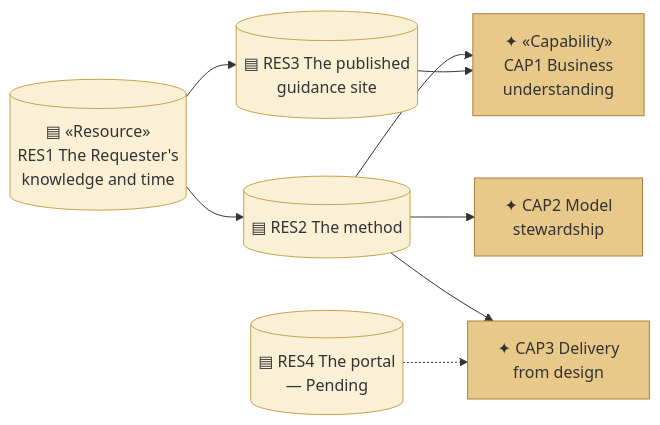
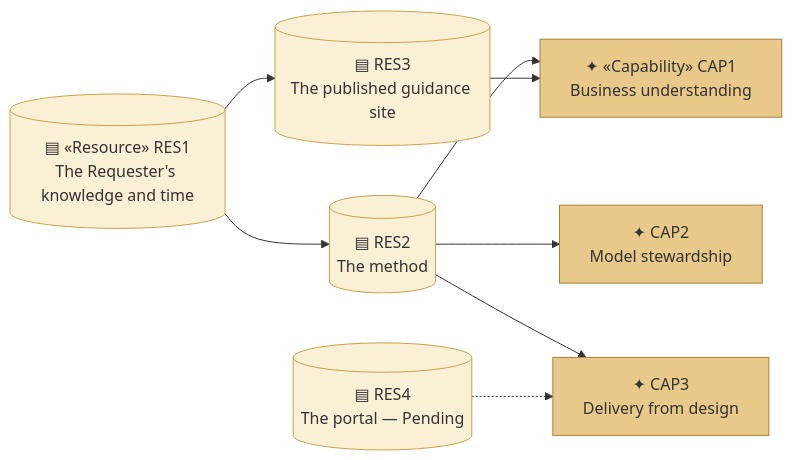
One commit to roanboc/architecture-archreator changed the fifth of 6 diagrams in organization/docs/ea/1_strategy/2_capabilities-and-resources.md. Above: the diagram before and after it, drawn with Mermaid. The commit also changed other lines of this file and 6 other files, not shown here.

````diff
--- a/organization/docs/ea/1_strategy/2_capabilities-and-resources.md
+++ b/organization/docs/ea/1_strategy/2_capabilities-and-resources.md
@@ -228,22 +228,22 @@
 ```mermaid
 flowchart LR
-  res1[("▤ «Resource»<br>RES1 The Requester's<br>knowledge and time")]:::resource
-  res2[("▤ RES2 The method")]:::resource
-  res3[("▤ RES3 The published<br>guidance site")]:::resource
-  res4[("▤ RES4 The portal<br>— Pending")]:::resource
+  res1[("▤ «Resource» RES1<br>The Requester's knowledge and time")]:::resource
+  res2[("▤ RES2<br>The method")]:::resource
+  res3[("▤ RES3<br>The published guidance site")]:::resource
+  res4[("▤ RES4<br>The portal — Pending")]:::resource
 
-  cap1["✦ «Capability»<br>CAP1 Business<br>understanding"]:::area
-  cap2["✦ CAP2 Model<br>stewardship"]:::area
-  cap3["✦ CAP3 Delivery<br>from design"]:::area
+  cap1["✦ «Capability» CAP1<br>Business understanding"]:::area
+  cap2["✦ CAP2<br>Model stewardship"]:::area
+  cap3["✦ CAP3<br>Delivery from design"]:::area
 
   res1 --> res2
   res1 --> res3
   res2 --> cap1
   res2 --> cap2
   res2 --> cap3
   res3 --> cap1
   res4 -.-> cap3
 
   classDef resource fill:#faf0d5,stroke:#c8a24a,color:#333
   classDef area fill:#e8c98a,stroke:#a8813a,color:#333
 ```
````
